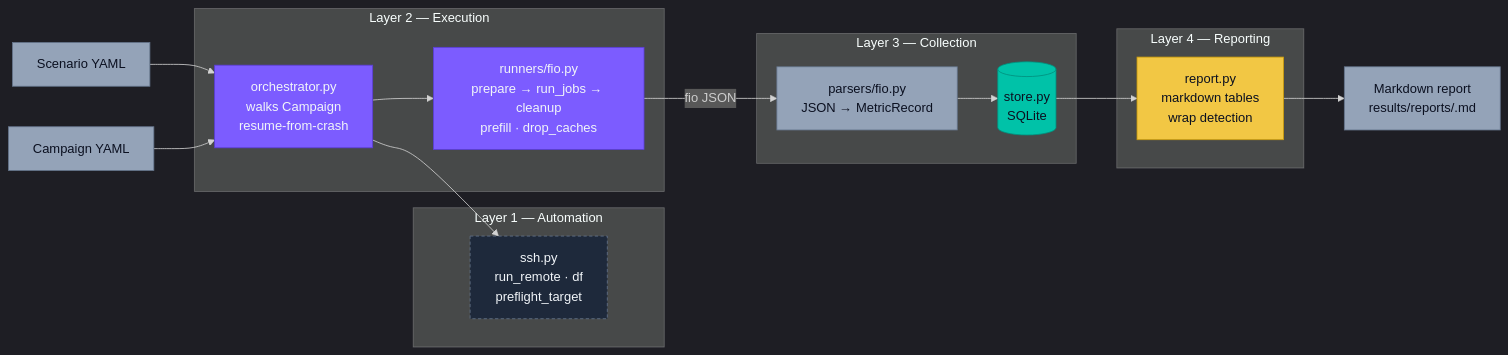
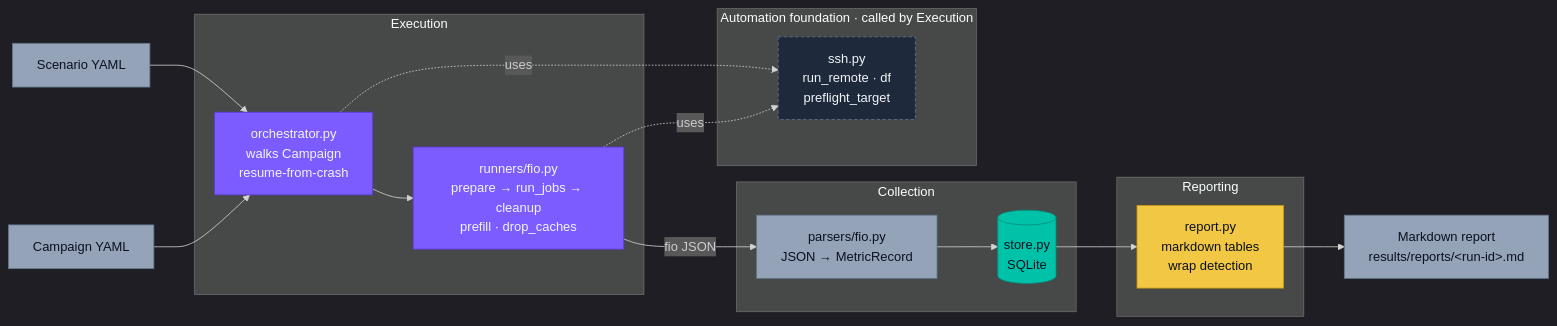
The diagram in benchmark-harness/docs/architecture.mmd (knachiketa04/aihomelab), drawn with Mermaid before and after one commit. The commit also changed 2 other files, not shown here.

Commit message:
Reframe architecture diagram: data flow vs foundation
The "Layer 1/2/3/4" numbering conflated two orderings — abstraction
stack (Automation foundation underneath Execution) and data flow
(Inputs → Execution → Collection → Reporting → Output). Visually it
read as "Layer 2 is the first stop because it sits on top of Layer 1,"
which is the wrong intuition. Layer 1 isn't first in the data flow;
it's a service called *by* the data flow.

Reframe:

- Drop "Layer N" numbering from both the diagram and the README table.
- Main data flow runs left → right with solid arrows:
  Inputs → Execution → Collection → Reporting → Output
- Automation is now a separate "foundation" subgraph below the main
  flow, labeled "Automation foundation · called by Execution", with
  dashed "uses" arrows from orchestrator and runner pointing into it.
- README table reorders to put Execution / Collection / Reporting in
  data-flow order, with Automation listed last as the foundation
  beneath them.

Same colors (Storage Spectrum), same modules, same edges — just a
clearer visual story about what's a flow stage and what's a service.

```diff
--- a/benchmark-harness/docs/architecture.mmd
+++ b/benchmark-harness/docs/architecture.mmd
@@ -1,45 +1,50 @@
 %%{init: {'theme':'dark'}}%%
 flowchart LR
     classDef compute    fill:#7C5CFF,stroke:#5B3DD9,color:#F1F5F9,stroke-width:1px
     classDef hot        fill:#00C2A8,stroke:#008F7E,color:#0B1020,stroke-width:1px
     classDef warm       fill:#F2C744,stroke:#C99B0A,color:#0B1020,stroke-width:1px
     classDef container  fill:#94A3B8,stroke:#64748B,color:#0B1020,stroke-width:1px
     classDef fabric     fill:#1E293B,stroke:#64748B,color:#F1F5F9,stroke-width:1px,stroke-dasharray: 4 3
 
+    %% ---- Main data flow (left → right) -------------------------------------
     %% Inputs (configuration / inert data → slate container)
     S["Scenario YAML"]:::container
     C["Campaign YAML"]:::container
 
-    %% Layer 1: Automation — network boundary to remote nodes (fabric, dashed)
-    subgraph L1["Layer 1 — Automation"]
-        SSH["ssh.py<br>run_remote · df<br>preflight_target"]:::fabric
-    end
-
-    %% Layer 2: Execution — active computation (compute violet)
-    subgraph L2["Layer 2 — Execution"]
+    %% Execution — active computation (compute violet)
+    subgraph EXE["Execution"]
         ORC["orchestrator.py<br>walks Campaign<br>resume-from-crash"]:::compute
         RUN["runners/fio.py<br>prepare → run_jobs → cleanup<br>prefill · drop_caches"]:::compute
     end
 
-    %% Layer 3: Collection — parser (transformer / slate) feeds local hot store (teal)
-    subgraph L3["Layer 3 — Collection"]
+    %% Collection — parser (transformer / slate) feeds local hot store (teal)
+    subgraph COL["Collection"]
         PAR["parsers/fio.py<br>JSON → MetricRecord"]:::container
         DB[("store.py<br>SQLite")]:::hot
     end
 
-    %% Layer 4: Reporting — durable summary artifact (warm amber)
-    subgraph L4["Layer 4 — Reporting"]
+    %% Reporting — durable summary artifact (warm amber)
+    subgraph REPORTING["Reporting"]
         REP["report.py<br>markdown tables<br>wrap detection"]:::warm
     end
 
     %% Output (final artifact → slate container)
-    OUT["Markdown report<br>results/reports/<run-id>.md"]:::container
+    OUT["Markdown report<br>results/reports/&lt;run-id&gt;.md"]:::container
 
+    %% ---- Foundation: called by Execution, not part of the data flow --------
+    subgraph FOUNDATION["Automation foundation · called by Execution"]
+        SSH["ssh.py<br>run_remote · df<br>preflight_target"]:::fabric
+    end
+
+    %% Data flow (solid arrows, left → right)
     S --> ORC
     C --> ORC
-    ORC --> SSH
     ORC --> RUN
     RUN -- "fio JSON" --> PAR
     PAR --> DB
     DB --> REP
     REP --> OUT
+
+    %% Service-call relationship (dashed "uses" arrows)
+    ORC -. "uses" .-> SSH
+    RUN -. "uses" .-> SSH
```
